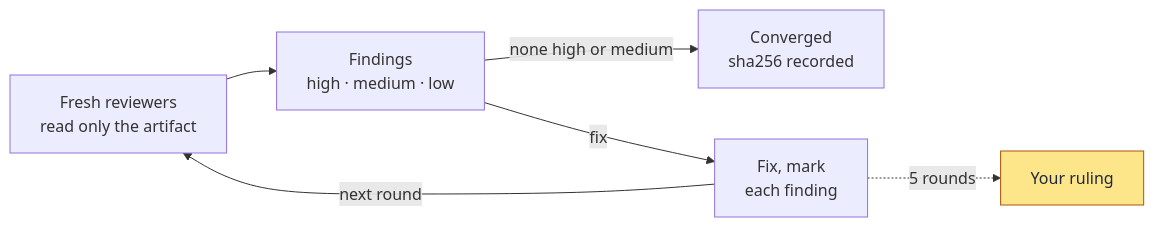
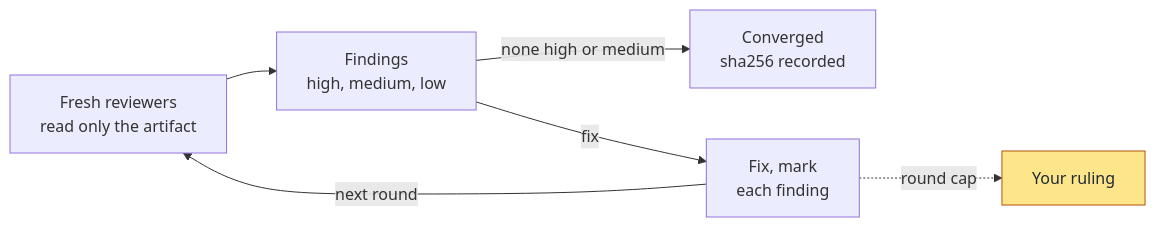
The sixth of 7 diagrams in README.md (gsVAM/SuperEGM), drawn with Mermaid before and after one commit. The commit also changed other lines of this file, not shown here.

````diff
--- a/README.md
+++ b/README.md
@@ -208,10 +496,10 @@
 ```mermaid
 flowchart LR
-  R["Fresh reviewers<br/>read only the artifact"] --> F["Findings<br/>high · medium · low"]
+  R["Fresh reviewers<br/>read only the artifact"] --> F["Findings<br/>high, medium, low"]
   F -->|none high or medium| X["Converged<br/>sha256 recorded"]
   F -->|fix| N["Fix, mark<br/>each finding"]
   N -->|next round| R
-  N -.->|5 rounds| RU["Your ruling"]
+  N -.->|round cap| RU["Your ruling"]
   classDef human fill:#fde68a,stroke:#b45309,color:#1f2937
   class RU human
 ```
````
